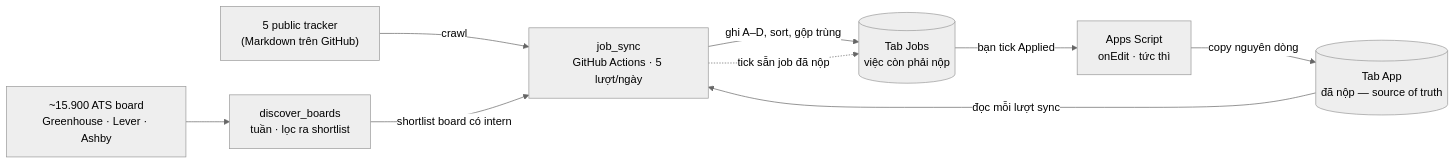
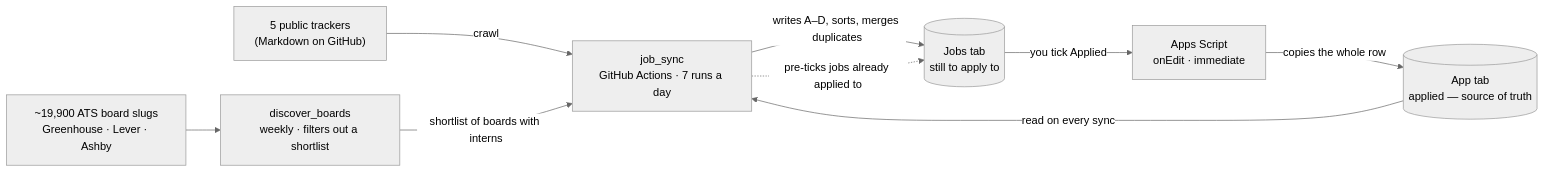
One commit to henryng15/CrawlJob changed the diagram in README.md. Above: the diagram before and after it, drawn with Mermaid (neutral theme). The commit also changed other lines of this file and 19 other files, not shown here.

````diff
--- a/README.md
+++ b/README.md
@@ -11,19 +12,19 @@
 ```mermaid
 flowchart LR
-    T["5 public tracker<br/>(Markdown trên GitHub)"]
-    B["~15.900 ATS board<br/>Greenhouse · Lever · Ashby"]
-    D["discover_boards<br/>tuần · lọc ra shortlist"]
-    P["job_sync<br/>GitHub Actions · 5 lượt/ngày"]
-    J[("Tab Jobs<br/>việc còn phải nộp")]
-    S["Apps Script<br/>onEdit · tức thì"]
-    A[("Tab App<br/>đã nộp — source of truth")]
+    T["5 public trackers<br/>(Markdown on GitHub)"]
+    B["~19,900 ATS board slugs<br/>Greenhouse · Lever · Ashby"]
+    D["discover_boards<br/>weekly · filters out a shortlist"]
+    P["job_sync<br/>GitHub Actions · 7 runs a day"]
+    J[("Jobs tab<br/>still to apply to")]
+    S["Apps Script<br/>onEdit · immediate"]
+    A[("App tab<br/>applied — source of truth")]
 
     T -->|crawl| P
     B --> D
-    D -->|"shortlist board có intern"| P
-    P -->|"ghi A–D, sort, gộp trùng"| J
-    J -->|"bạn tick Applied"| S
-    S -->|"copy nguyên dòng"| A
-    A -->|"đọc mỗi lượt sync"| P
-    P -.->|"tick sẵn job đã nộp"| J
+    D -->|"shortlist of boards with interns"| P
+    P -->|"writes A–D, sorts, merges duplicates"| J
+    J -->|"you tick Applied"| S
+    S -->|"copies the whole row"| A
+    A -->|"read on every sync"| P
+    P -.->|"pre-ticks jobs already applied to"| J
 ```
````
